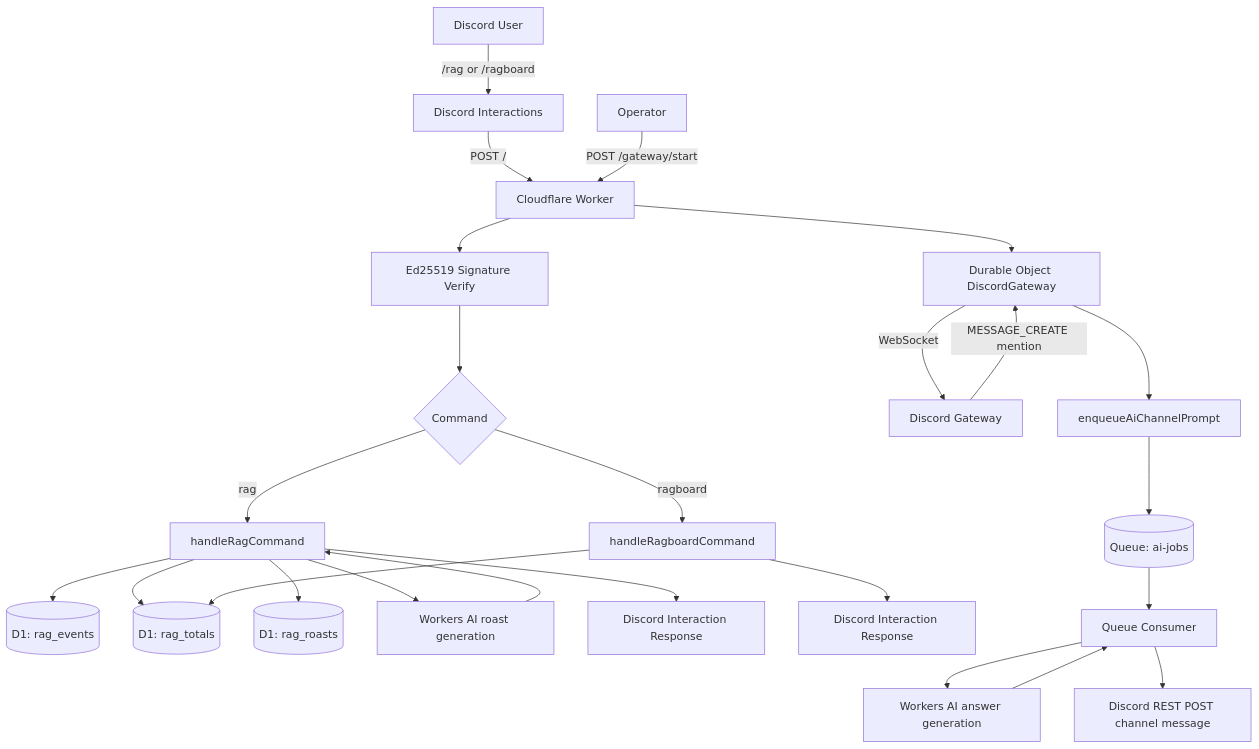
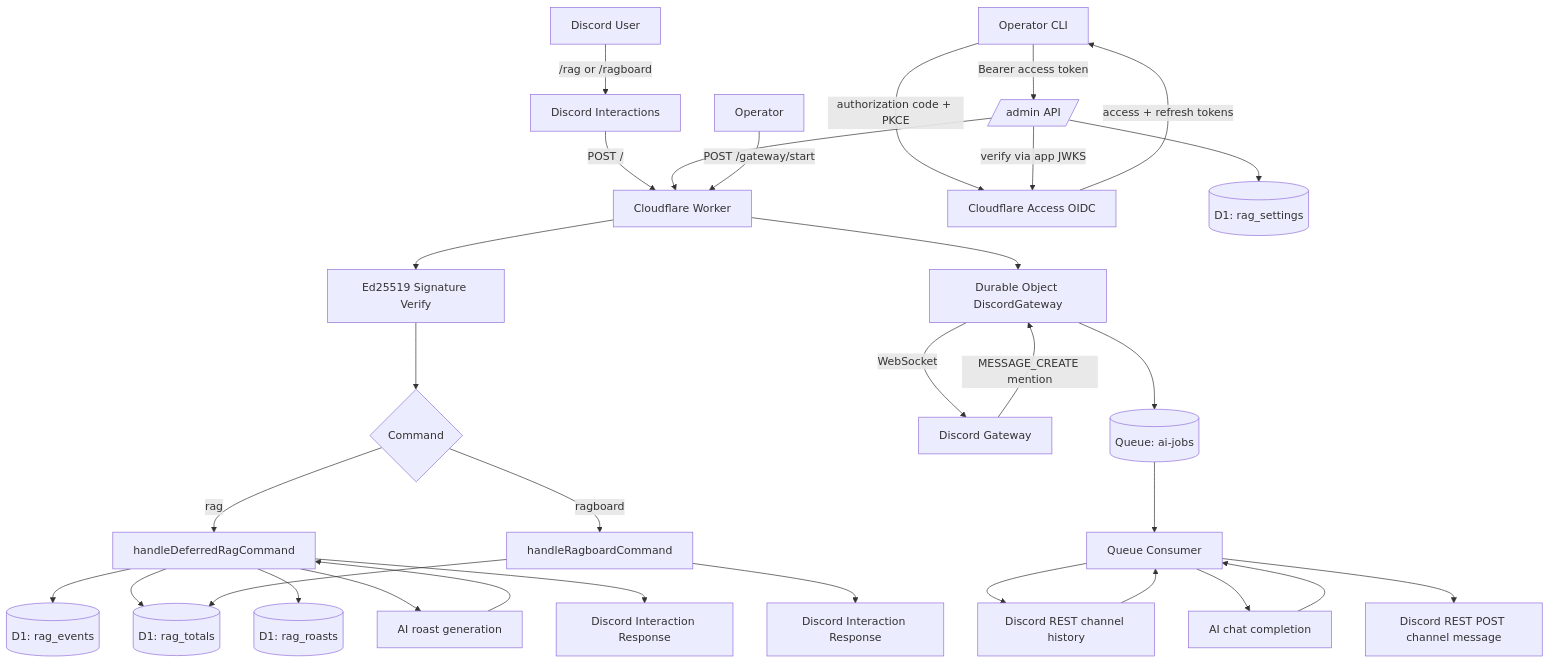
Before and after one commit to jackm43/rag: the diagram in README.md, drawn with Mermaid. The commit also changed other lines of this file and 28 other files, not shown here.

First line of the commit message:
Add Access-protected admin API, CLI, and modular worker refactor.

````diff
--- a/README.md
+++ b/README.md
@@ -31,30 +36,38 @@
 ```mermaid
 flowchart TD
   U[Discord User] -->|/rag or /ragboard| D1[Discord Interactions]
   D1 -->|POST /| W[Cloudflare Worker]
   W --> V[Ed25519 Signature Verify]
   V --> R{Command}
 
-  R -->|rag| CR[handleRagCommand]
+  R -->|rag| CR[handleDeferredRagCommand]
   CR --> DB1[(D1: rag_events)]
   CR --> DB2[(D1: rag_totals)]
   CR --> DB3[(D1: rag_roasts)]
-  CR --> AI1[Workers AI roast generation]
+  CR --> AI1[AI roast generation]
   AI1 --> CR
   CR --> DResp1[Discord Interaction Response]
 
   R -->|ragboard| CB[handleRagboardCommand]
   CB --> DB2
   CB --> DResp2[Discord Interaction Response]
 
-  Admin[Operator] -->|POST /gateway/start| W
+  Admin[Operator CLI] -->|authorization code + PKCE| CFA[Cloudflare Access OIDC]
+  CFA -->|access + refresh tokens| Admin
+  Admin -->|Bearer access token| AA[/admin API/]
+  AA -->|verify via app JWKS| CFA
+  AA --> W
+  AA --> DB4[(D1: rag_settings)]
+
+  Admin2[Operator] -->|POST /gateway/start| W
   W --> DO[Durable Object DiscordGateway]
   DO -->|WebSocket| DG[Discord Gateway]
   DG -->|MESSAGE_CREATE mention| DO
-  DO --> QP[enqueueAiChannelPrompt]
-  QP --> Q[(Queue: ai-jobs)]
+  DO --> Q[(Queue: ai-jobs)]
   Q --> QC[Queue Consumer]
-  QC --> AI2[Workers AI answer generation]
+  QC --> H[Discord REST channel history]
+  H --> QC
+  QC --> AI2[AI chat completion]
   AI2 --> QC
   QC --> DR[Discord REST POST channel message]
 ```
````
